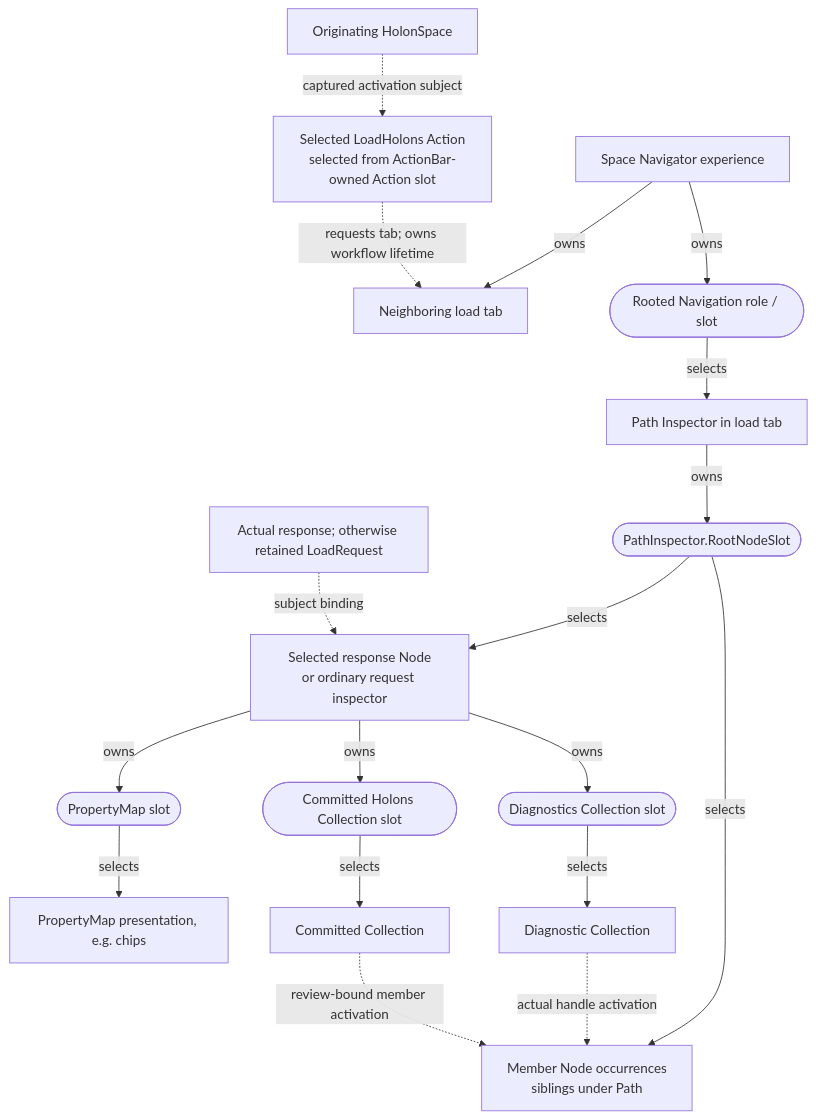
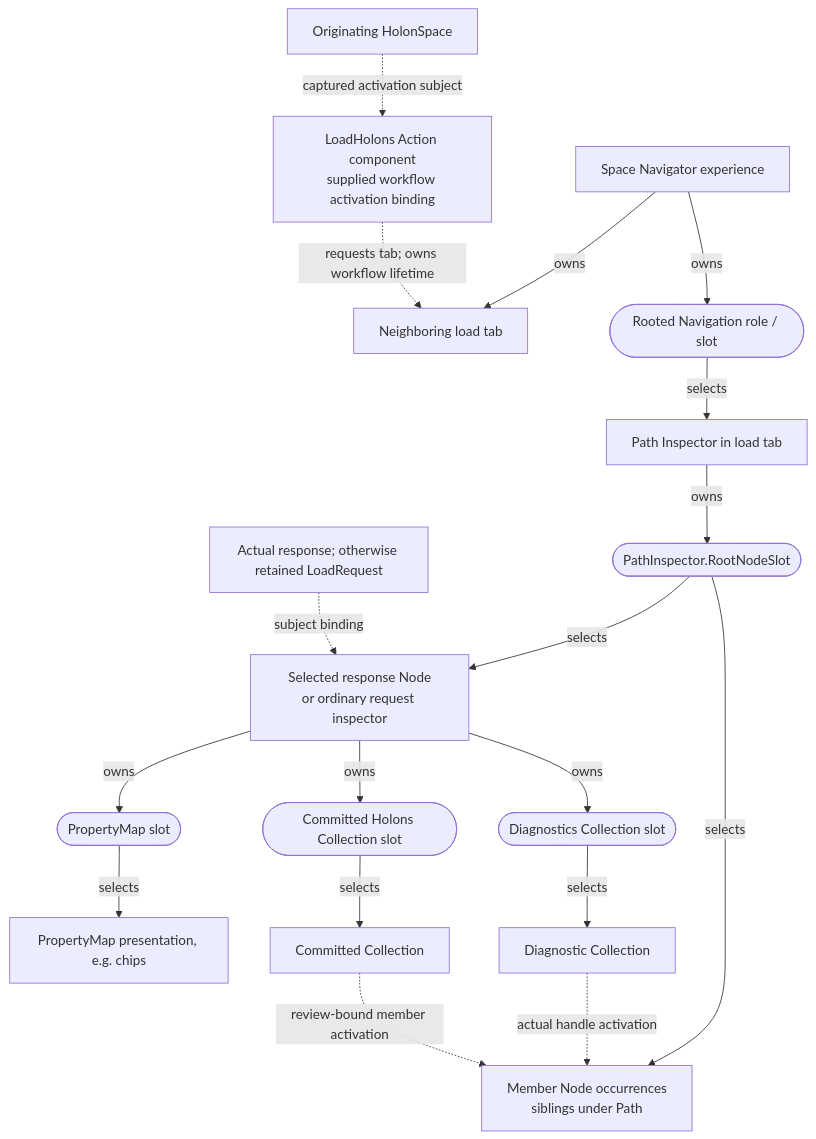
One commit to memetic-activation-platform/map-dev-docs changed the diagram in docs/core/dancers/data-loader/data-loader-design-spec.md. Above: the diagram before and after it, drawn with Mermaid. The commit also changed other lines of this file and 5 other files, not shown here.

Commit message:
Use one Node ActionBar with Actions as internal components

````diff
--- a/docs/core/dancers/data-loader/data-loader-design-spec.md
+++ b/docs/core/dancers/data-loader/data-loader-design-spec.md
@@ -443,20 +448,20 @@
 ```mermaid
 flowchart TD
-  S["Originating HolonSpace"] -. "captured activation subject" .-> A["Selected LoadHolons Action<br/>selected from ActionBar-owned Action slot"]
+  S["Originating HolonSpace"] -. "captured activation subject" .-> A["LoadHolons Action component<br/>supplied workflow activation binding"]
   E["Space Navigator experience"] -->|owns| T["Neighboring load tab"]
   A -. "requests tab; owns workflow lifetime" .-> T
   E -->|owns| RS(["Rooted Navigation role / slot"])
   RS -->|selects| P["Path Inspector in load tab"]
   P -->|owns| NS(["PathInspector.RootNodeSlot"])
   NS -->|selects| N["Selected response Node<br/>or ordinary request inspector"]
   H["Actual response; otherwise retained LoadRequest"] -. "subject binding" .-> N
   N -->|owns| PS(["PropertyMap slot"])
   PS -->|selects| PV["PropertyMap presentation, e.g. chips"]
   N -->|owns| DS(["Diagnostics Collection slot"])
   N -->|owns| CS(["Committed Holons Collection slot"])
   DS -->|selects| DV["Diagnostic Collection"]
   CS -->|selects| CV["Committed Collection"]
   NS -->|selects| M["Member Node occurrences<br/>siblings under Path"]
   DV -. "actual handle activation" .-> M
   CV -. "review-bound member activation" .-> M
 ```
````
